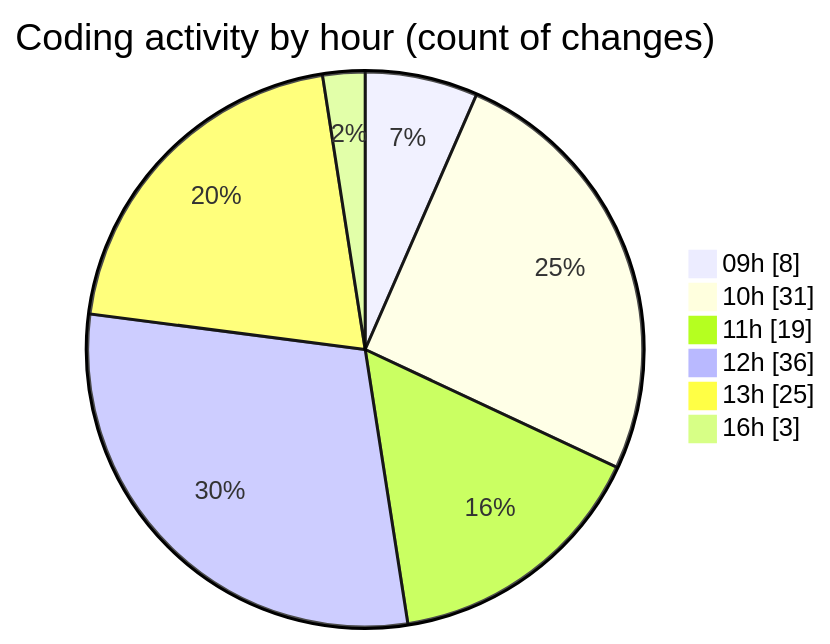
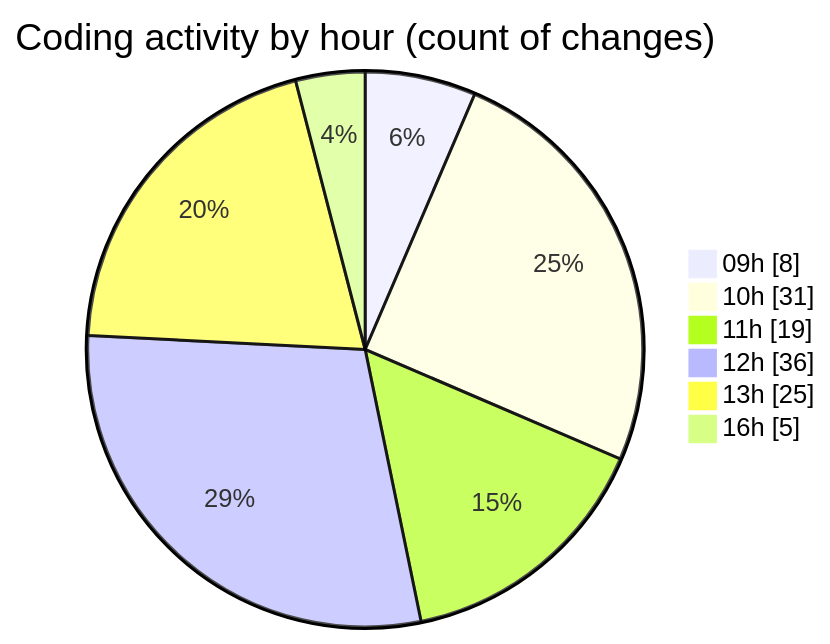
Before and after one commit to momahboobian/code-tracking: the second of 2 diagrams in 2025-06-12/cda/README.md, drawn with Mermaid. The commit also changed other lines of this file and 1 other file, not shown here.

````diff
--- a/2025-06-12/cda/README.md
+++ b/2025-06-12/cda/README.md
@@ -31,10 +31,10 @@
 ```mermaid
 pie showData
 title Coding activity by hour (count of changes)
 "09h" : 8
 "10h" : 31
 "11h" : 19
 "12h" : 36
 "13h" : 25
-"16h" : 3
+"16h" : 5
 ```
````
